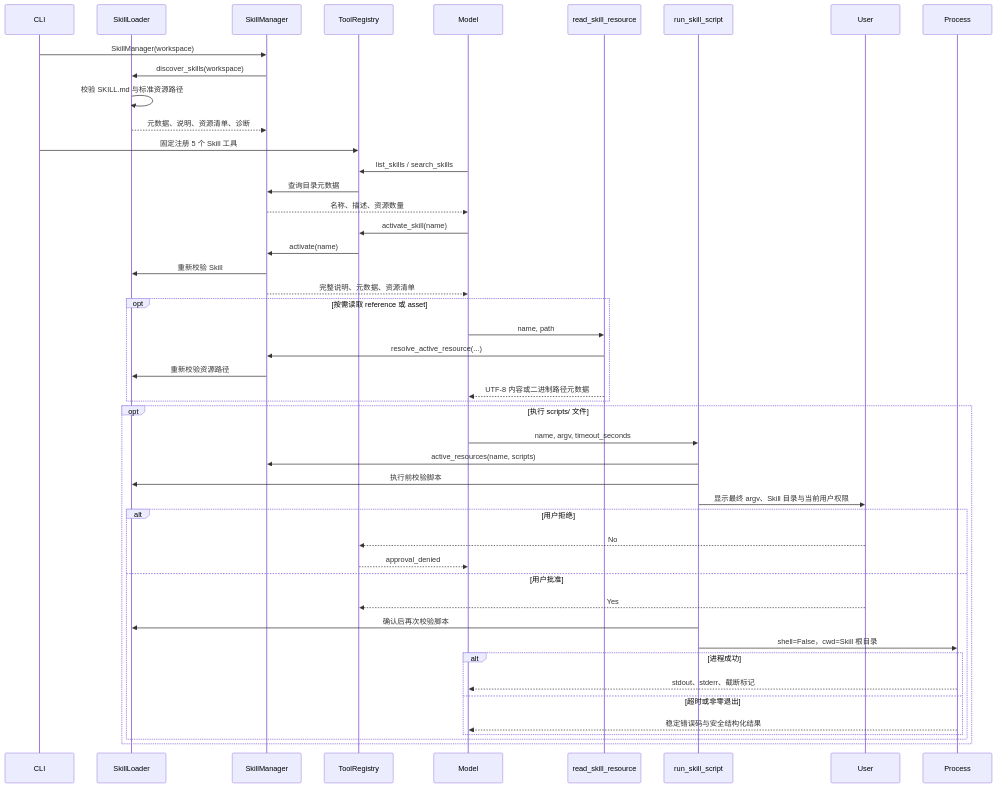
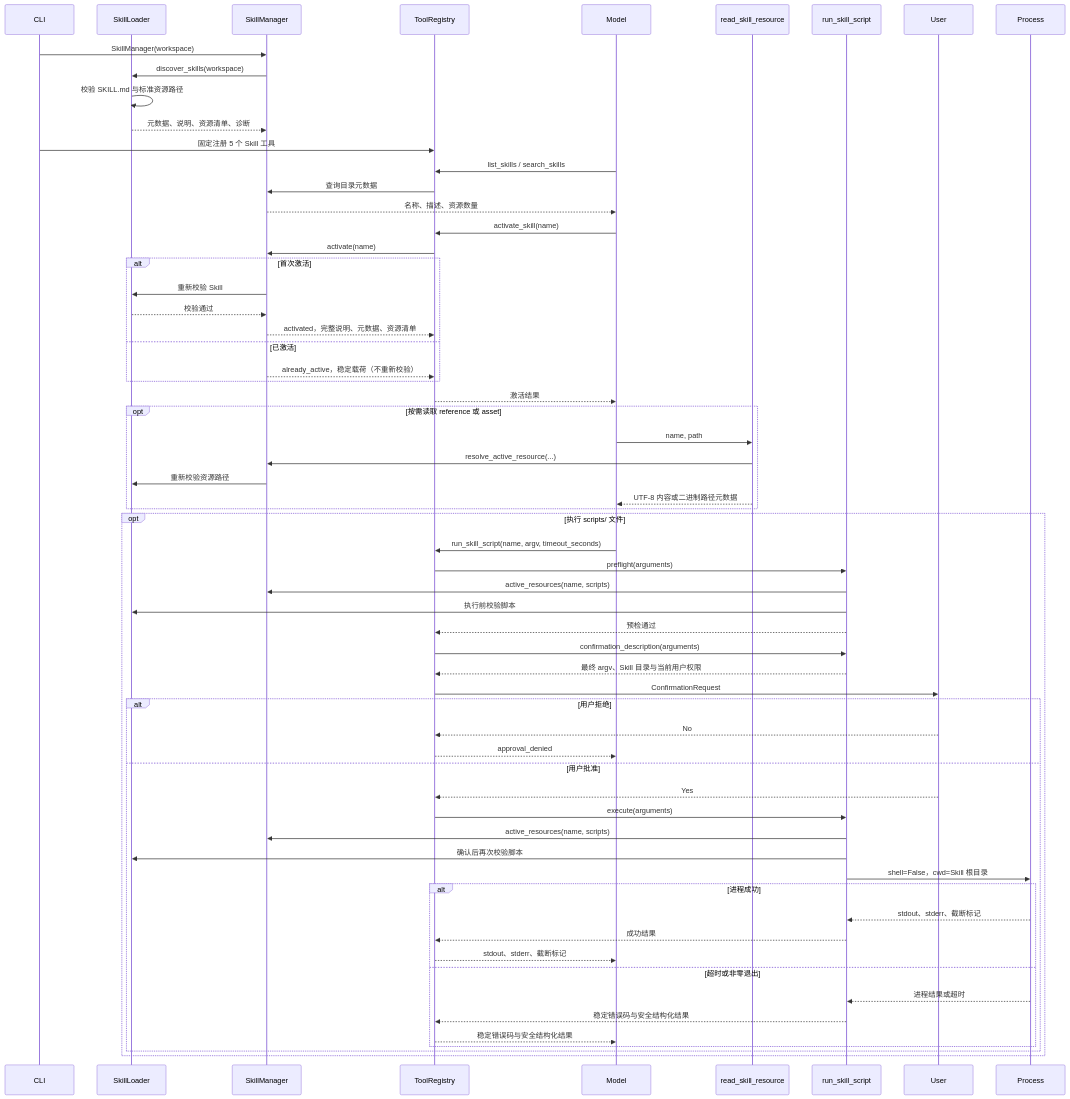
The diagram in docs/SKILL调用时序图.md (CrazyDY/cdy_agent), drawn with Mermaid before and after one commit. The commit also changed 1 other file, not shown here.

Commit message:
Correct Skill activation documentation

````diff
--- a/docs/SKILL调用时序图.md
+++ b/docs/SKILL调用时序图.md
@@ -3,52 +3,68 @@
 ```mermaid
 sequenceDiagram
     participant CLI
     participant SL as SkillLoader
     participant SM as SkillManager
     participant R as ToolRegistry
     participant M as Model
     participant RR as read_skill_resource
     participant RS as run_skill_script
     participant U as User
     participant P as Process
 
     CLI->>SM: SkillManager(workspace)
     SM->>SL: discover_skills(workspace)
     SL->>SL: 校验 SKILL.md 与标准资源路径
     SL-->>SM: 元数据、说明、资源清单、诊断
     CLI->>R: 固定注册 5 个 Skill 工具
 
     M->>R: list_skills / search_skills
     R->>SM: 查询目录元数据
     SM-->>M: 名称、描述、资源数量
     M->>R: activate_skill(name)
     R->>SM: activate(name)
-    SM->>SL: 重新校验 Skill
-    SM-->>M: 完整说明、元数据、资源清单
+    alt 首次激活
+        SM->>SL: 重新校验 Skill
+        SL-->>SM: 校验通过
+        SM-->>R: activated，完整说明、元数据、资源清单
+    else 已激活
+        SM-->>R: already_active，稳定载荷（不重新校验）
+    end
+    R-->>M: 激活结果
     opt 按需读取 reference 或 asset
         M->>RR: name, path
         RR->>SM: resolve_active_resource(...)
         SM->>SL: 重新校验资源路径
         RR-->>M: UTF-8 内容或二进制路径元数据
     end
 
     opt 执行 scripts/ 文件
-        M->>RS: name, argv, timeout_seconds
+        M->>R: run_skill_script(name, argv, timeout_seconds)
+        R->>RS: preflight(arguments)
         RS->>SM: active_resources(name, scripts)
         RS->>SL: 执行前校验脚本
-        RS->>U: 显示最终 argv、Skill 目录与当前用户权限
+        RS-->>R: 预检通过
+        R->>RS: confirmation_description(arguments)
+        RS-->>R: 最终 argv、Skill 目录与当前用户权限
+        R->>U: ConfirmationRequest
         alt 用户拒绝
             U-->>R: No
             R-->>M: approval_denied
         else 用户批准
             U-->>R: Yes
+            R->>RS: execute(arguments)
+            RS->>SM: active_resources(name, scripts)
             RS->>SL: 确认后再次校验脚本
             RS->>P: shell=False，cwd=Skill 根目录
             alt 进程成功
-                P-->>M: stdout、stderr、截断标记
+                P-->>RS: stdout、stderr、截断标记
+                RS-->>R: 成功结果
+                R-->>M: stdout、stderr、截断标记
             else 超时或非零退出
-                P-->>M: 稳定错误码与安全结构化结果
+                P-->>RS: 进程结果或超时
+                RS-->>R: 稳定错误码与安全结构化结果
+                R-->>M: 稳定错误码与安全结构化结果
             end
         end
     end
 ```
````
